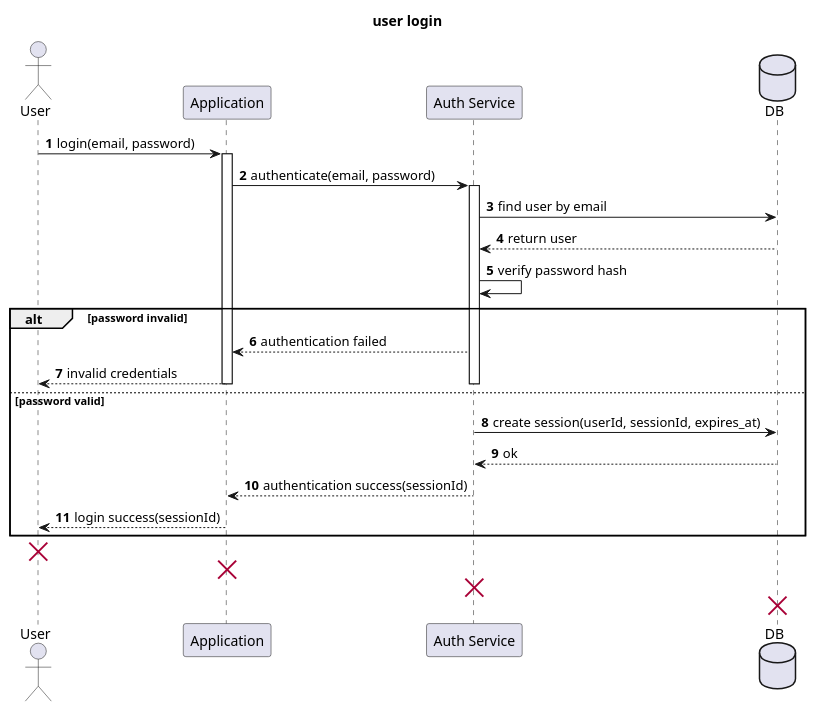
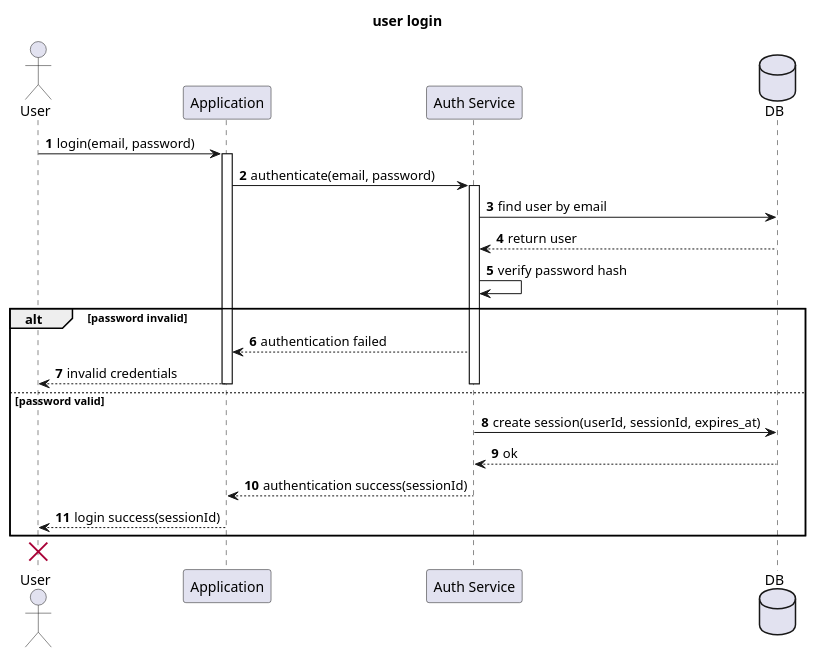
Before and after one commit to StudentPP1/KPI: the diagram in lab3/user-login.puml, drawn with PlantUML. The commit also changed 3 other files, not shown here.

```diff
--- a/lab3/user-login.puml
+++ b/lab3/user-login.puml
@@ -1,37 +1,34 @@
 @startuml
 title user login 
 autonumber
 
 actor User
 participant Application
 participant "Auth Service" as Auth
 database DB
 
 User -> Application : login(email, password)
 activate Application
 Application -> Auth : authenticate(email, password)
 activate Auth
 Auth -> DB : find user by email
 DB --> Auth : return user 
 Auth -> Auth : verify password hash
 
 alt password invalid
   Auth --> Application : authentication failed
   Application --> User : invalid credentials
   deactivate Auth
   deactivate Application
 else password valid
   Auth -> DB : create session(userId, sessionId, expires_at)
   DB --> Auth : ok
   Auth --> Application : authentication success(sessionId)
   deactivate Auth
   Application --> User : login success(sessionId)
   deactivate Application
 end
 
 destroy User
-destroy Application
-destroy Auth
-destroy DB
 
 @enduml
```
